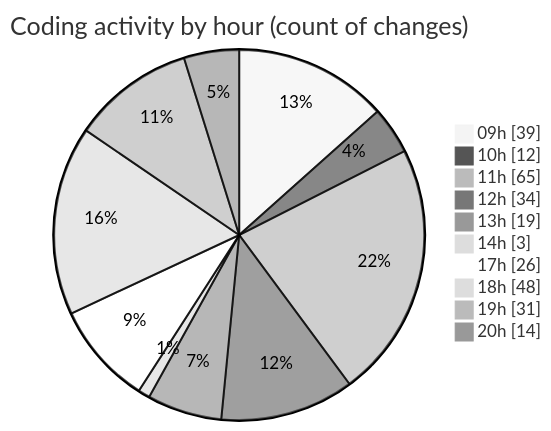
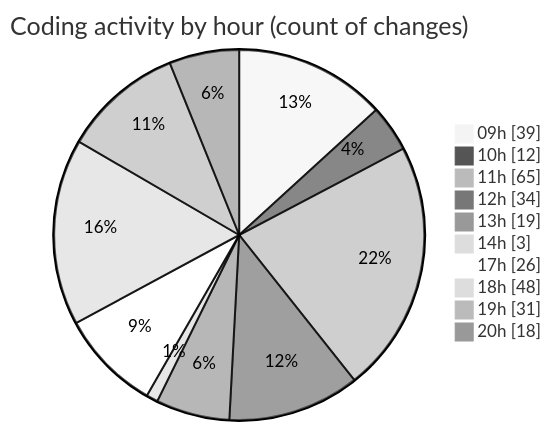
Before and after one commit to momahboobian/code-tracking: the second of 2 diagrams in 2025-03-04/cda/README.md, drawn with Mermaid (neutral theme). The commit also changed other lines of this file and 1 other file, not shown here.

````diff
--- a/2025-03-04/cda/README.md
+++ b/2025-03-04/cda/README.md
@@ -44,14 +44,14 @@
 ```mermaid
 pie showData
 title Coding activity by hour (count of changes)
 "09h" : 39
 "10h" : 12
 "11h" : 65
 "12h" : 34
 "13h" : 19
 "14h" : 3
 "17h" : 26
 "18h" : 48
 "19h" : 31
-"20h" : 14
+"20h" : 18
 ```
````
